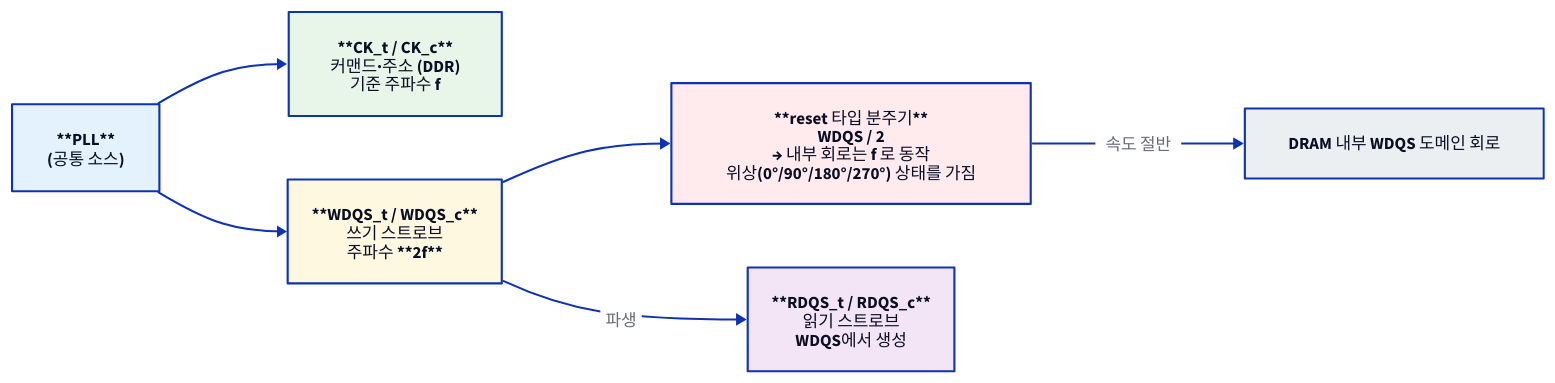
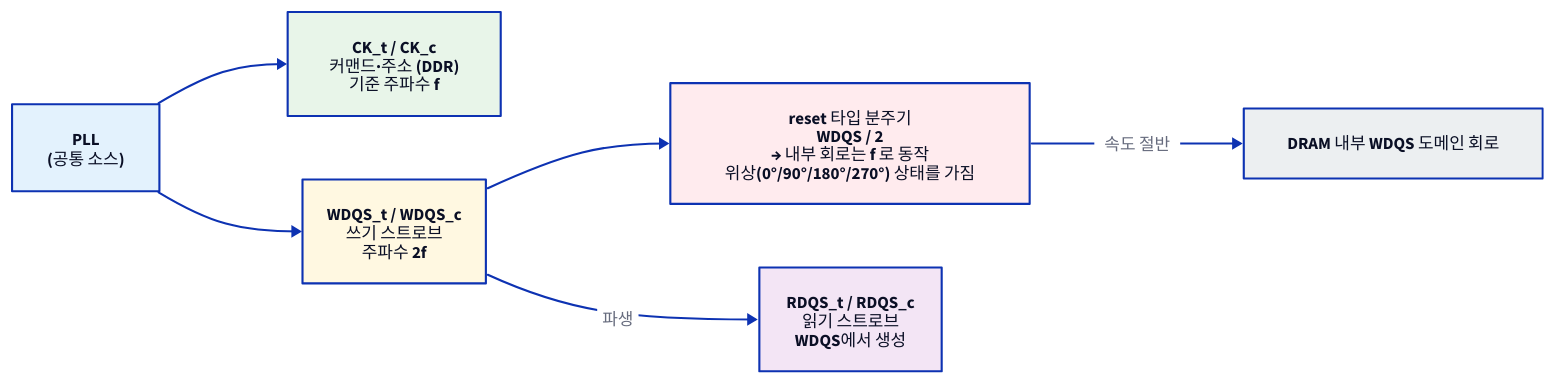
One commit to humbleowl39/DV_SKOOL changed the diagram in starlight_site/src/content/docs/hbm4_jedec_dd/05_clocking_dbi.md. Above: the diagram before and after it, drawn with D2. The commit also changed 714 other files, not shown here.

First line of the commit message:
fix(site): d2 다이어그램 가독성 결함 6종 일괄 수정

````diff
--- a/starlight_site/src/content/docs/hbm4_jedec_dd/05_clocking_dbi.md
+++ b/starlight_site/src/content/docs/hbm4_jedec_dd/05_clocking_dbi.md
@@ -47,21 +47,21 @@
 ```d2
 direction: right
 
-PLL: "**PLL**\n(공통 소스)" { style.fill: "#e3f2fd"; style.font-color: "#0A0F25" }
+PLL: "PLL\n(공통 소스)" { style.fill: "#e3f2fd"; style.font-color: "#0A0F25" }
 
-CK: "**CK_t / CK_c**\n커맨드·주소 (DDR)\n기준 주파수 f" { style.fill: "#e8f5e9"; style.font-color: "#0A0F25" }
+CK: "CK_t / CK_c\n커맨드·주소 (DDR)\n기준 주파수 f" { style.fill: "#e8f5e9"; style.font-color: "#0A0F25" }
 
-WDQS: "**WDQS_t / WDQS_c**\n쓰기 스트로브\n주파수 **2f**" { style.fill: "#fff8e1"; style.font-color: "#0A0F25" }
+WDQS: "WDQS_t / WDQS_c\n쓰기 스트로브\n주파수 2f" { style.fill: "#fff8e1"; style.font-color: "#0A0F25" }
 
-DIV: "**reset 타입 분주기**\nWDQS / 2\n→ 내부 회로는 f 로 동작\n위상(0°/90°/180°/270°) 상태를 가짐" { style.fill: "#ffebee"; style.font-color: "#0A0F25" }
+DIV: "reset 타입 분주기\nWDQS / 2\n→ 내부 회로는 f 로 동작\n위상(0°/90°/180°/270°) 상태를 가짐" { style.fill: "#ffebee"; style.font-color: "#0A0F25" }
 
-RDQS: "**RDQS_t / RDQS_c**\n읽기 스트로브\nWDQS에서 생성" { style.fill: "#f3e5f5"; style.font-color: "#0A0F25" }
+RDQS: "RDQS_t / RDQS_c\n읽기 스트로브\nWDQS에서 생성" { style.fill: "#f3e5f5"; style.font-color: "#0A0F25" }
 
 CORE: "DRAM 내부 WDQS 도메인 회로" { style.fill: "#eceff1"; style.font-color: "#0A0F25" }
 
 PLL -> CK
 PLL -> WDQS
 WDQS -> DIV
 DIV -> CORE: "속도 절반"
 WDQS -> RDQS: "파생"
 ```
````
